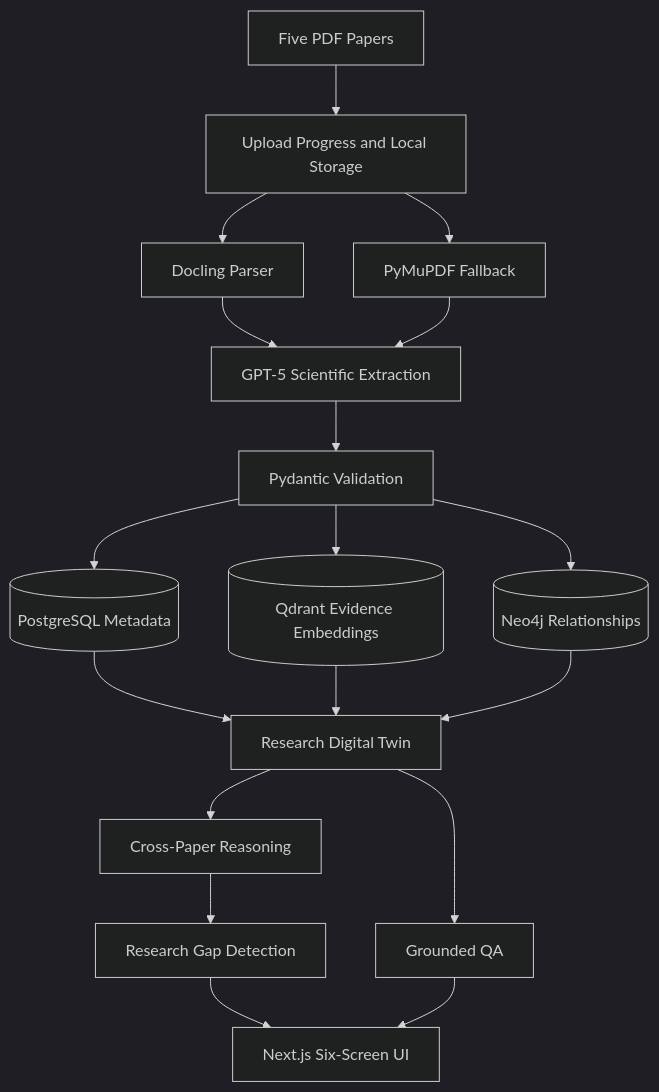
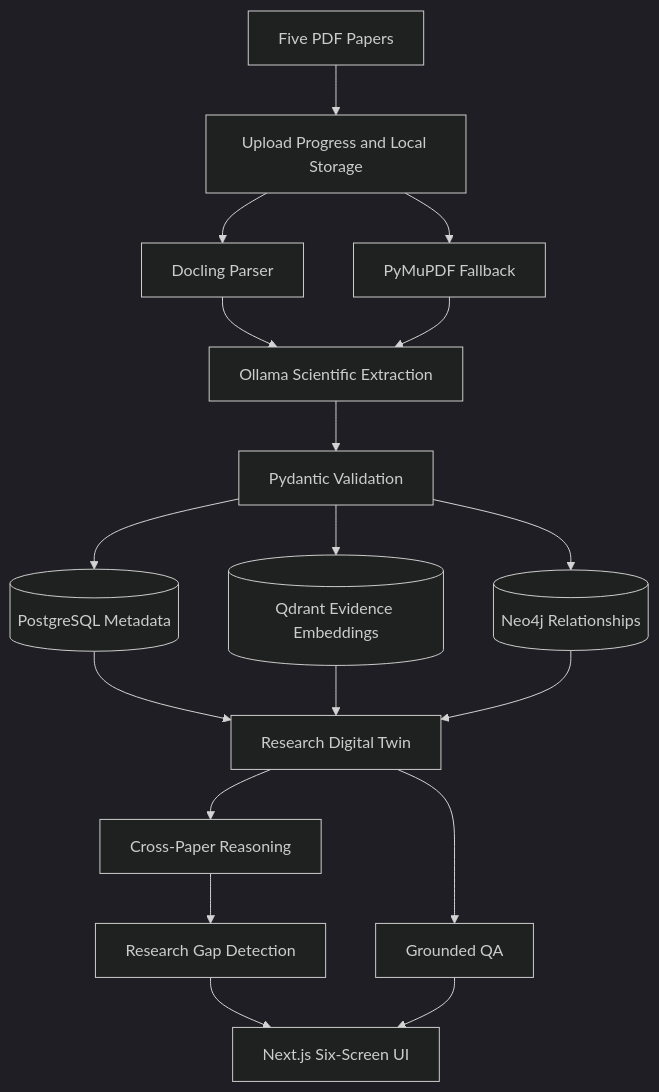
One commit to farahalmujaljel/Burhan changed the first of 2 diagrams in docs/ARCHITECTURE.md. Above: the diagram before and after it, drawn with Mermaid (dark theme). The commit also changed other lines of this file and 10 other files, not shown here.

Commit message:
feat: migrate from OpenAI to Ollama for scientific extraction and update related configurations

````diff
--- a/docs/ARCHITECTURE.md
+++ b/docs/ARCHITECTURE.md
@@ -5,35 +5,35 @@
 ```mermaid
 flowchart TD
     A[Five PDF Papers]
     B[Upload Progress and Local Storage]
     C[Docling Parser]
     D[PyMuPDF Fallback]
-    E[GPT-5 Scientific Extraction]
+    E[Ollama Scientific Extraction]
     F[Pydantic Validation]
     G[(PostgreSQL Metadata)]
     H[(Qdrant Evidence Embeddings)]
     I[(Neo4j Relationships)]
     J[Research Digital Twin]
     K[Cross-Paper Reasoning]
     L[Research Gap Detection]
     M[Grounded QA]
     N[Next.js Six-Screen UI]
 
     A --> B
     B --> C
     C --> E
     B --> D
     D --> E
     E --> F
     F --> G
     F --> H
     F --> I
     G --> J
     H --> J
     I --> J
     J --> K
     K --> L
     J --> M
     L --> N
     M --> N
 ```
````
